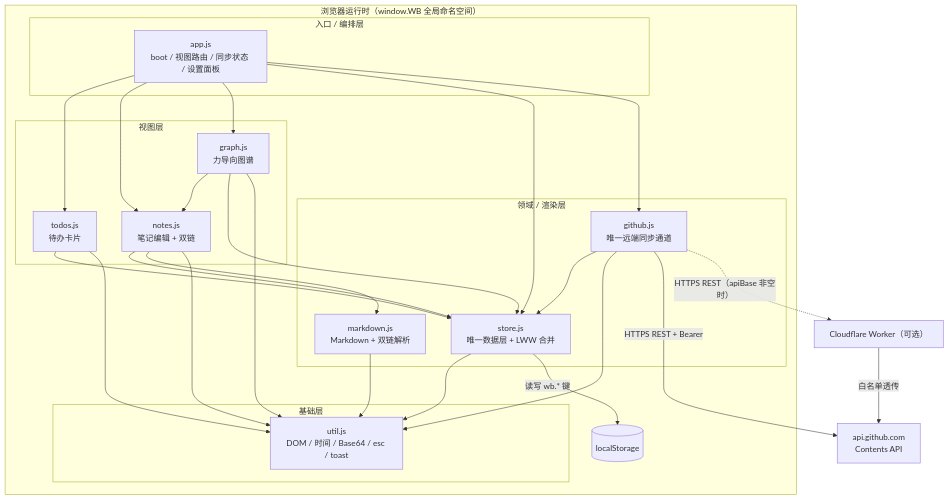
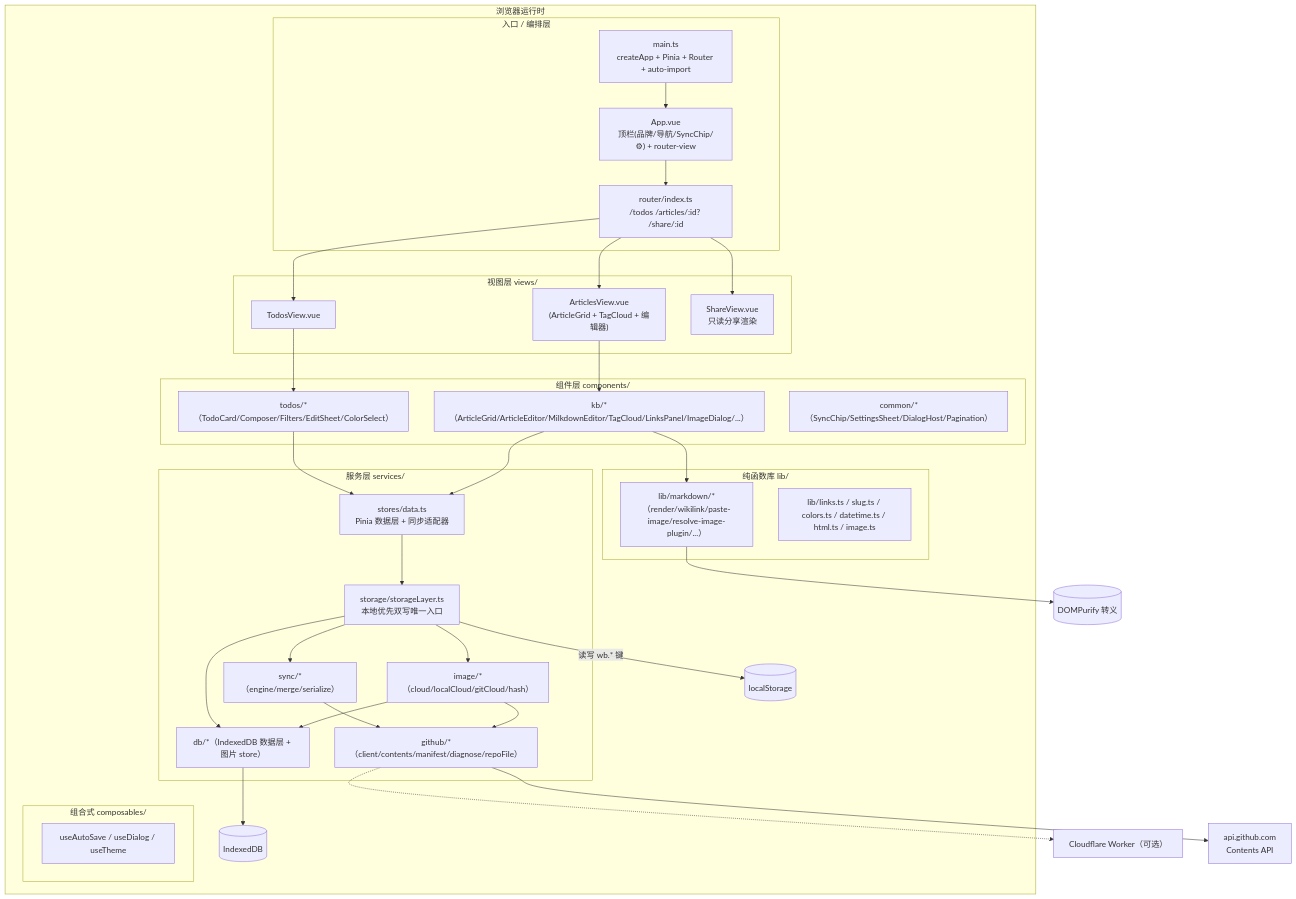
The second of 5 diagrams in .harness/docs/architecture.md (GuoxinL/workbench), drawn with Mermaid before and after one commit. The commit also changed other lines of this file and 27 other files, not shown here.

````diff
--- a/.harness/docs/architecture.md
+++ b/.harness/docs/architecture.md
@@ -69,47 +72,57 @@
 ```mermaid
 graph TD
-    subgraph Browser["浏览器运行时（window.WB 全局命名空间）"]
+    subgraph Browser["浏览器运行时"]
         subgraph L4["入口 / 编排层"]
-            APP["app.js<br/>boot / 视图路由 / 同步状态 / 设置面板"]
+            MAIN["main.ts<br/>createApp + Pinia + Router + auto-import"]
+            APP["App.vue<br/>顶栏(品牌/导航/SyncChip/⚙) + router-view"]
+            ROUTER["router/index.ts<br/>/todos /articles/:id? /share/:id"]
         end
-        subgraph L3["视图层"]
-            TODOS["todos.js<br/>待办卡片"]
-            NOTES["notes.js<br/>笔记编辑 + 双链"]
-            GRAPH["graph.js<br/>力导向图谱"]
+        subgraph L3["视图层 views/"]
+            TODOSV["TodosView.vue"]
+            ARTICLESV["ArticlesView.vue<br/>(ArticleGrid + TagCloud + 编辑器)"]
+            SHAREV["ShareView.vue<br/>只读分享渲染"]
         end
-        subgraph L2["领域 / 渲染层"]
-            STORE["store.js<br/>唯一数据层 + LWW 合并"]
-            GHSYNC["github.js<br/>唯一远端同步通道"]
-            MD["markdown.js<br/>Markdown + 双链解析"]
+        subgraph L2c["组件层 components/"]
+            TODO_C["todos/*（TodoCard/Composer/Filters/EditSheet/ColorSelect）"]
+            KB_C["kb/*（ArticleGrid/ArticleEditor/MilkdownEditor/TagCloud/LinksPanel/ImageDialog/...）"]
+            COMMON["common/*（SyncChip/SettingsSheet/DialogHost/Pagination）"]
         end
-        subgraph L1["基础层"]
-            UTIL["util.js<br/>DOM / 时间 / Base64 / esc / toast"]
+        subgraph L2s["服务层 services/"]
+            STORE["stores/data.ts<br/>Pinia 数据层 + 同步适配器"]
+            STORAGE["storage/storageLayer.ts<br/>本地优先双写唯一入口"]
+            DB["db/*（IndexedDB 数据层 + 图片 store）"]
+            GH["github/*（client/contents/manifest/diagnose/repoFile）"]
+            SYNC["sync/*（engine/merge/serialize）"]
+            IMG["image/*（cloud/localCloud/gitCloud/hash）"]
+        end
+        subgraph L1["纯函数库 lib/"]
+            MD["lib/markdown/*（render/wikilink/paste-image/resolve-image-plugin/...）"]
+            LINKS["lib/links.ts / slug.ts / colors.ts / datetime.ts / html.ts / image.ts"]
+        end
+        subgraph COMP["组合式 composables/"]
+            USE["useAutoSave / useDialog / useTheme"]
         end
         LS[("localStorage")]
+        IDB[("IndexedDB")]
     end
 
     Worker["Cloudflare Worker（可选）"]
     GHAPI["api.github.com<br/>Contents API"]
 
-    APP --> TODOS
-    APP --> NOTES
-    APP --> GRAPH
-    APP --> STORE
-    APP --> GHSYNC
-    TODOS --> STORE
-    NOTES --> STORE
-    NOTES --> MD
-    GRAPH --> NOTES
-    GRAPH --> STORE
-    GHSYNC --> STORE
-    STORE --> UTIL
-    GHSYNC --> UTIL
-    MD --> UTIL
-    TODOS --> UTIL
-    NOTES --> UTIL
-    GRAPH --> UTIL
-    STORE -->|"读写 wb.* 键"| LS
-    GHSYNC -->|"HTTPS REST + Bearer"| GHAPI
-    GHSYNC -.->|"HTTPS REST（apiBase 非空时）"| Worker
-    Worker -->|"白名单透传"| GHAPI
+    MAIN --> APP --> ROUTER
+    ROUTER --> TODOSV & ARTICLESV & SHAREV
+    TODOSV --> TODO_C
+    ARTICLESV --> KB_C
+    TODO_C --> STORE
+    KB_C --> STORE & MD
+    STORE --> STORAGE
+    STORAGE --> DB & SYNC
+    SYNC --> GH
+    STORAGE --> IMG
+    IMG --> DB & GH
+    MD --> HTML[("DOMPurify 转义")]
+    GH --> GHAPI
+    GH -.-> Worker
+    STORAGE -->|"读写 wb.* 键"| LS
+    DB --> IDB
 ```
````
